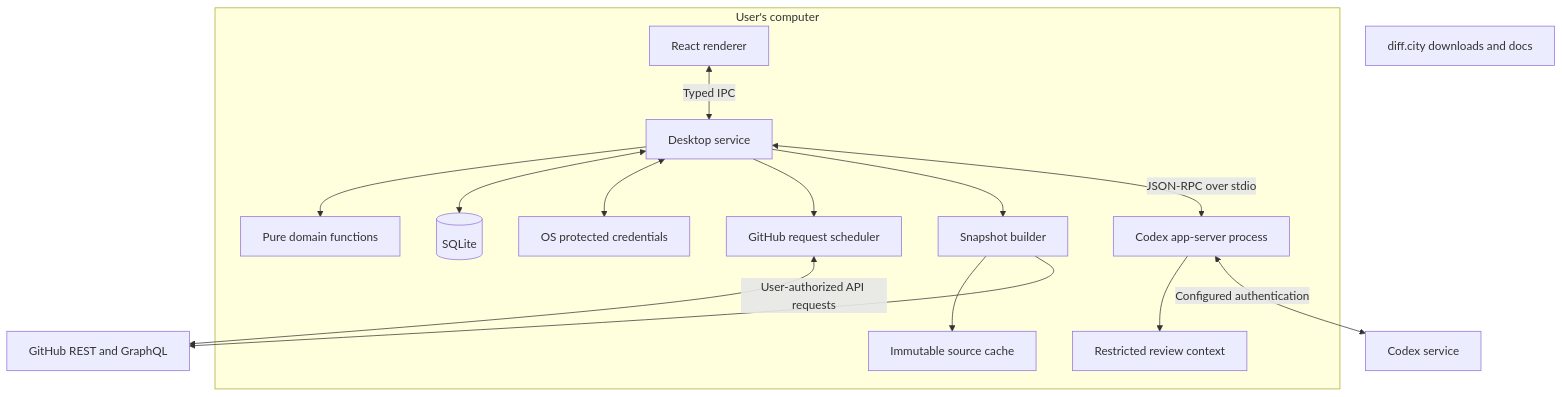
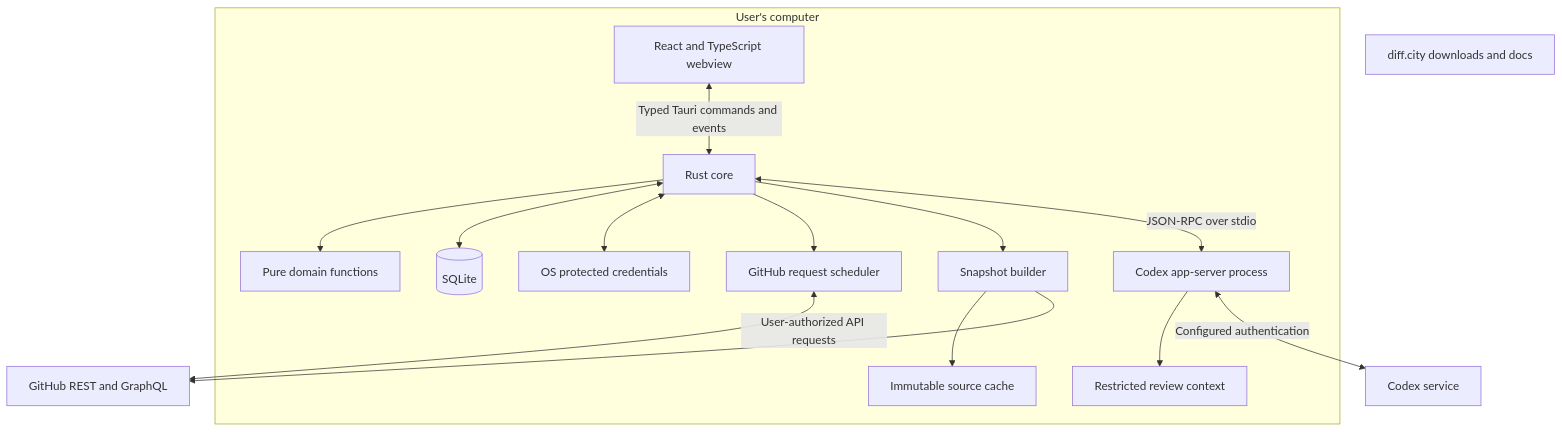
Before and after one commit to crs48/diffcity: the first of 3 diagrams in docs/plans/initial-product/architecture.md, drawn with Mermaid. The commit also changed other lines of this file and 11 other files, not shown here.

````diff
--- a/docs/plans/initial-product/architecture.md
+++ b/docs/plans/initial-product/architecture.md
@@ -7,18 +7,18 @@
 ```mermaid
 flowchart TB
   subgraph Desktop[User's computer]
-    UI[React renderer] <-->|Typed IPC| Host[Desktop service]
+    UI[React and TypeScript webview] <-->|Typed Tauri commands and events| Host[Rust core]
     Host --> Domain[Pure domain functions]
     Host <--> DB[(SQLite)]
     Host <--> Secrets[OS protected credentials]
     Host --> Sync[GitHub request scheduler]
     Host --> Snapshots[Snapshot builder]
     Snapshots --> Cache[Immutable source cache]
     Host <-->|JSON-RPC over stdio| Codex[Codex app-server process]
     Codex --> Context[Restricted review context]
   end
   Sync <-->|User-authorized API requests| GH[GitHub REST and GraphQL]
   Snapshots --> GH
   Codex <-->|Configured authentication| AI[Codex service]
   Site[diff.city downloads and docs]
 ```
````
